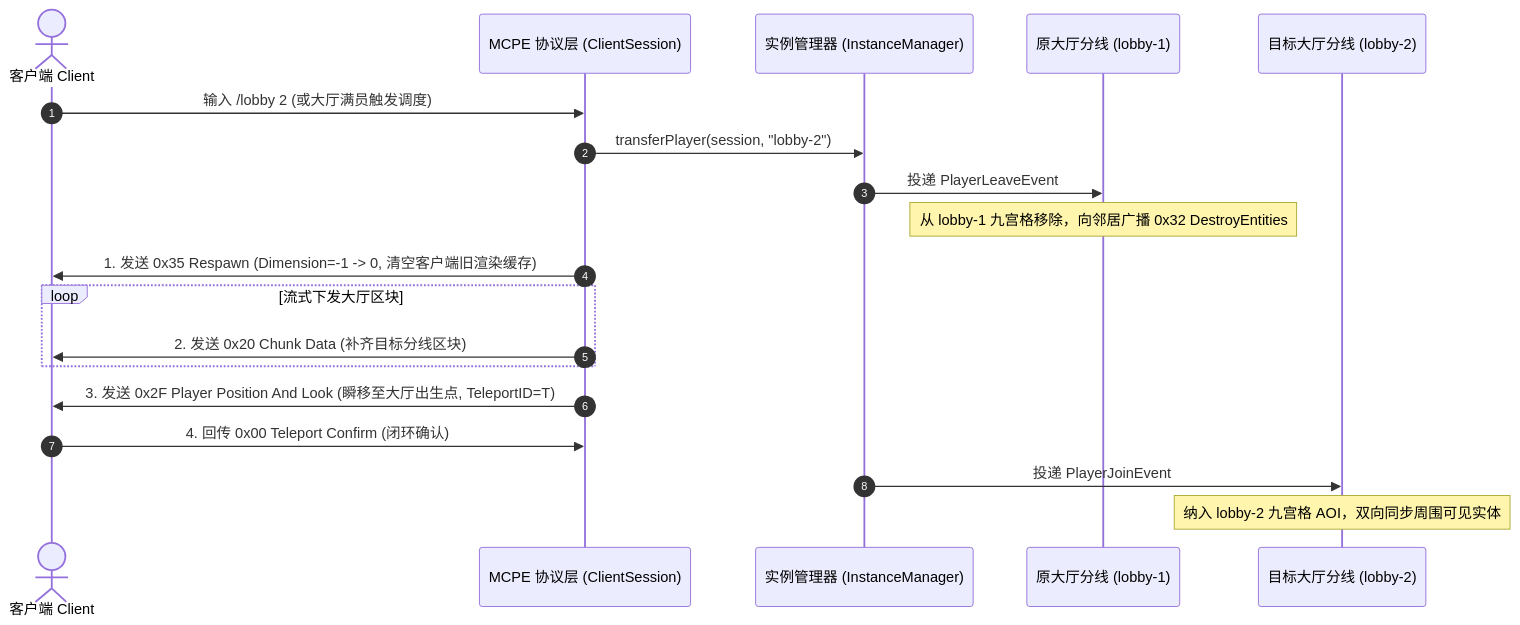
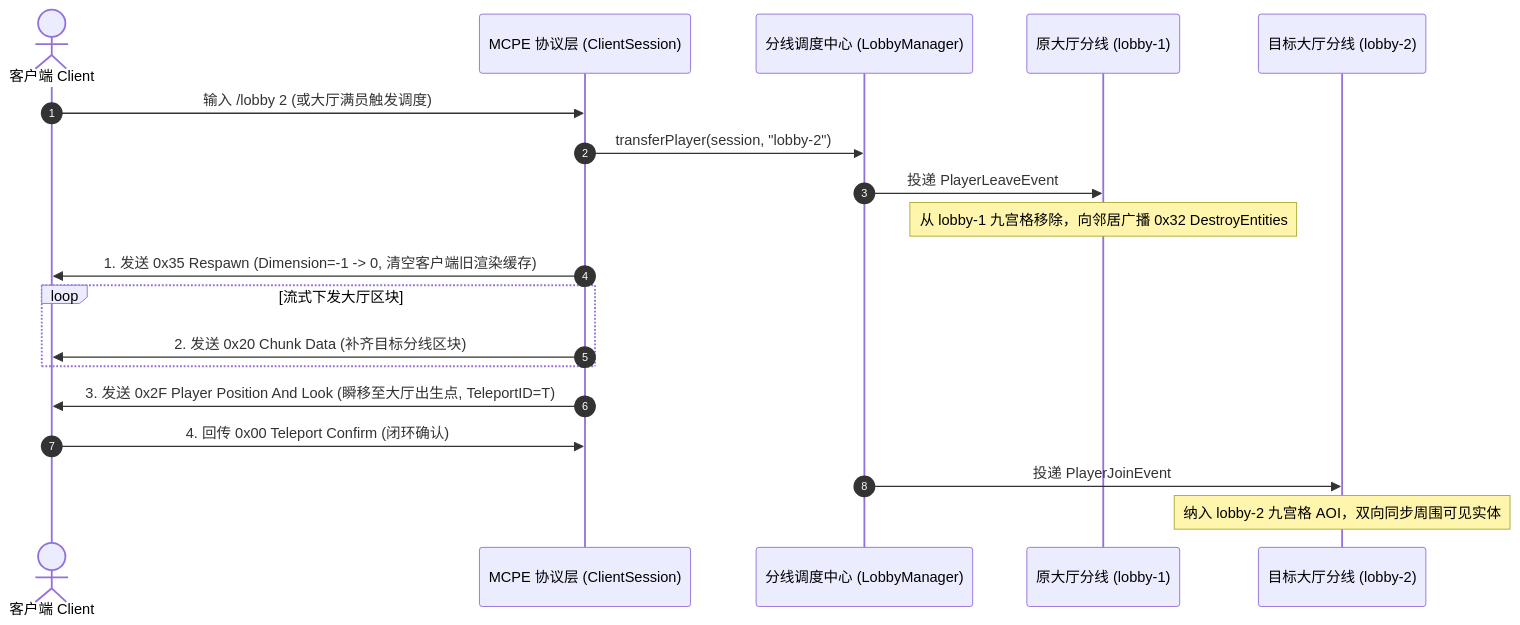
One commit to syuany/mcpe changed the third of 3 diagrams in doc/05_房间状态机与状态同步设计.md. Above: the diagram before and after it, drawn with Mermaid. The commit also changed 24 other files, not shown here.

````diff
--- a/doc/05_房间状态机与状态同步设计.md
+++ b/doc/05_房间状态机与状态同步设计.md
@@ -102,22 +102,22 @@
 ```mermaid
 sequenceDiagram
     autonumber
     actor Player as 客户端 Client
     participant Server as MCPE 协议层 (ClientSession)
-    participant IM as 实例管理器 (InstanceManager)
+    participant LM as 分线调度中心 (LobbyManager)
     participant L1 as 原大厅分线 (lobby-1)
     participant L2 as 目标大厅分线 (lobby-2)
 
     Player->>Server: 输入 /lobby 2 (或大厅满员触发调度)
-    Server->>IM: transferPlayer(session, "lobby-2")
-    IM->>L1: 投递 PlayerLeaveEvent
+    Server->>LM: transferPlayer(session, "lobby-2")
+    LM->>L1: 投递 PlayerLeaveEvent
     Note over L1: 从 lobby-1 九宫格移除，向邻居广播 0x32 DestroyEntities
     Server->>Player: 1. 发送 0x35 Respawn (Dimension=-1 -> 0, 清空客户端旧渲染缓存)
     loop 流式下发大厅区块
         Server->>Player: 2. 发送 0x20 Chunk Data (补齐目标分线区块)
     end
     Server->>Player: 3. 发送 0x2F Player Position And Look (瞬移至大厅出生点, TeleportID=T)
     Player->>Server: 4. 回传 0x00 Teleport Confirm (闭环确认)
-    IM->>L2: 投递 PlayerJoinEvent
+    LM->>L2: 投递 PlayerJoinEvent
     Note over L2: 纳入 lobby-2 九宫格 AOI，双向同步周围可见实体
 ```
````
